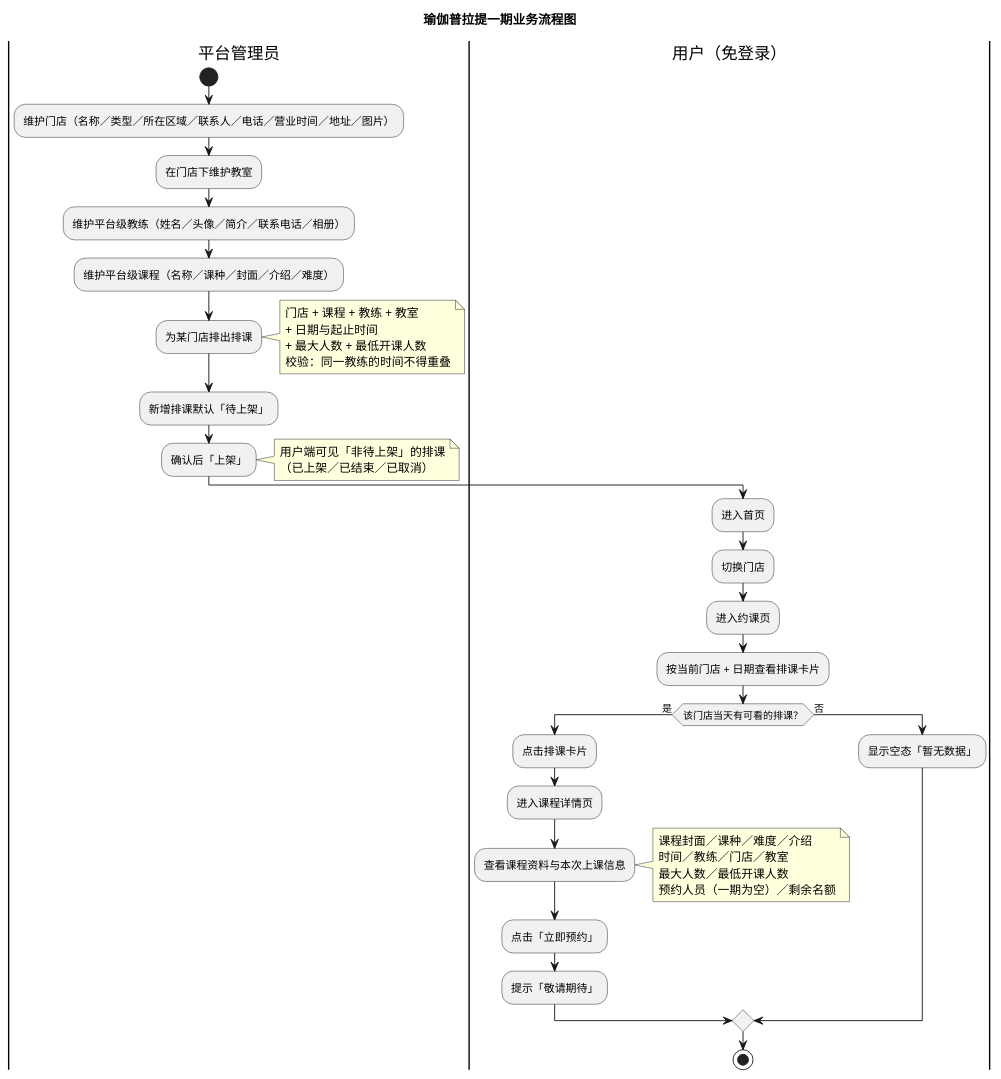
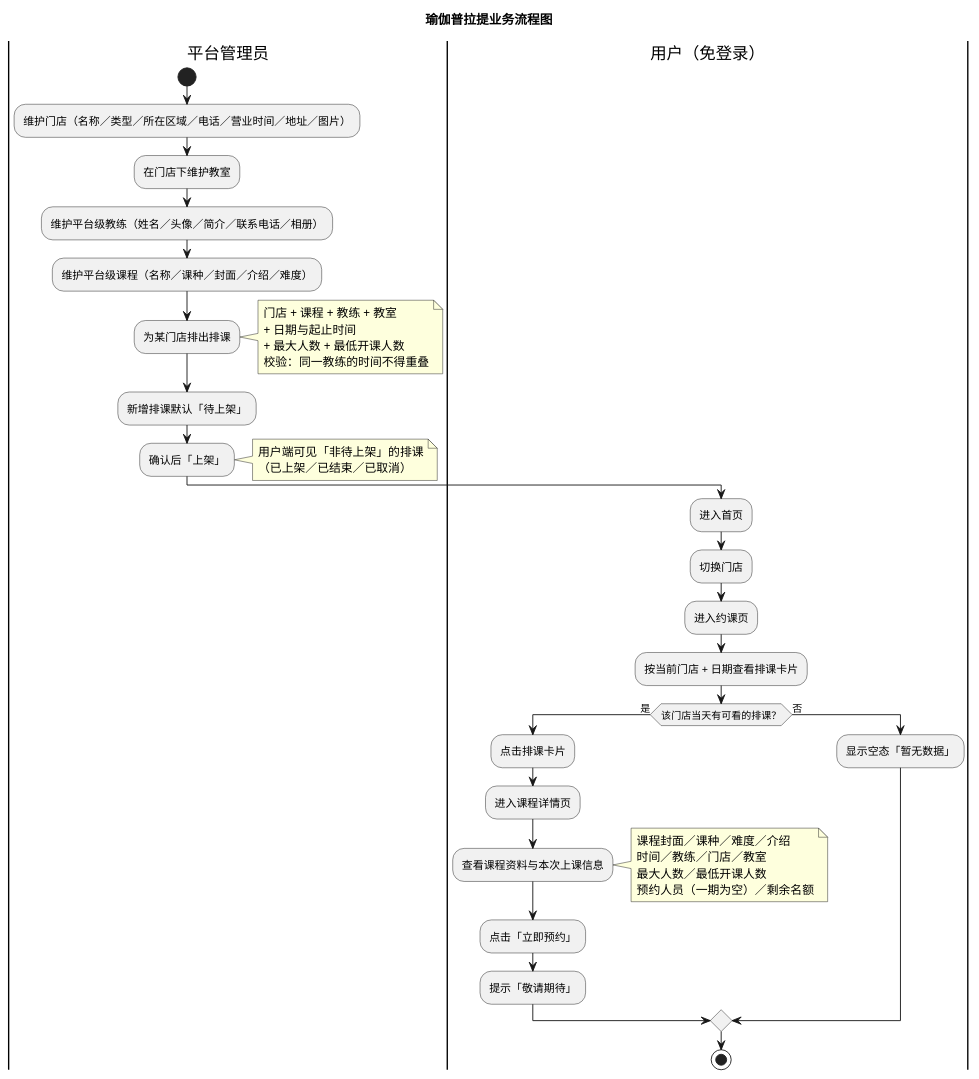
One commit to duo2530/techplant-yoga changed the diagram in docs/需求文档/MVP业务流程图.md. Above: the diagram before and after it, drawn with PlantUML. The commit also changed other lines of this file and 58 other files, not shown here.

````diff
--- a/docs/需求文档/MVP业务流程图.md
+++ b/docs/需求文档/MVP业务流程图.md
@@ -17,47 +6,47 @@
 ```plantuml
 @startuml
-title 瑜伽普拉提一期业务流程图
+title 瑜伽普拉提业务流程图
 
 |平台管理员|
 start
-:维护门店（名称／类型／所在区域／联系人／电话／营业时间／地址／图片）;
+:维护门店（名称／类型／所在区域／电话／营业时间／地址／图片）;
 :在门店下维护教室;
 :维护平台级教练（姓名／头像／简介／联系电话／相册）;
 :维护平台级课程（名称／课种／封面／介绍／难度）;
 :为某门店排出排课;
 note right
   门店 + 课程 + 教练 + 教室
   + 日期与起止时间
   + 最大人数 + 最低开课人数
   校验：同一教练的时间不得重叠
 end note
 :新增排课默认「待上架」;
 :确认后「上架」;
 note right
   用户端可见「非待上架」的排课
   （已上架／已结束／已取消）
 end note
 
 |用户（免登录）|
 :进入首页;
 :切换门店;
 :进入约课页;
 :按当前门店 + 日期查看排课卡片;
 if (该门店当天有可看的排课？) then (是)
   :点击排课卡片;
   :进入课程详情页;
   :查看课程资料与本次上课信息;
   note right
     课程封面／课种／难度／介绍
     时间／教练／门店／教室
     最大人数／最低开课人数
     预约人员（一期为空）／剩余名额
   end note
   :点击「立即预约」;
   :提示「敬请期待」;
 else (否)
   :显示空态「暂无数据」;
 endif
 stop
 @enduml
 ```
````
